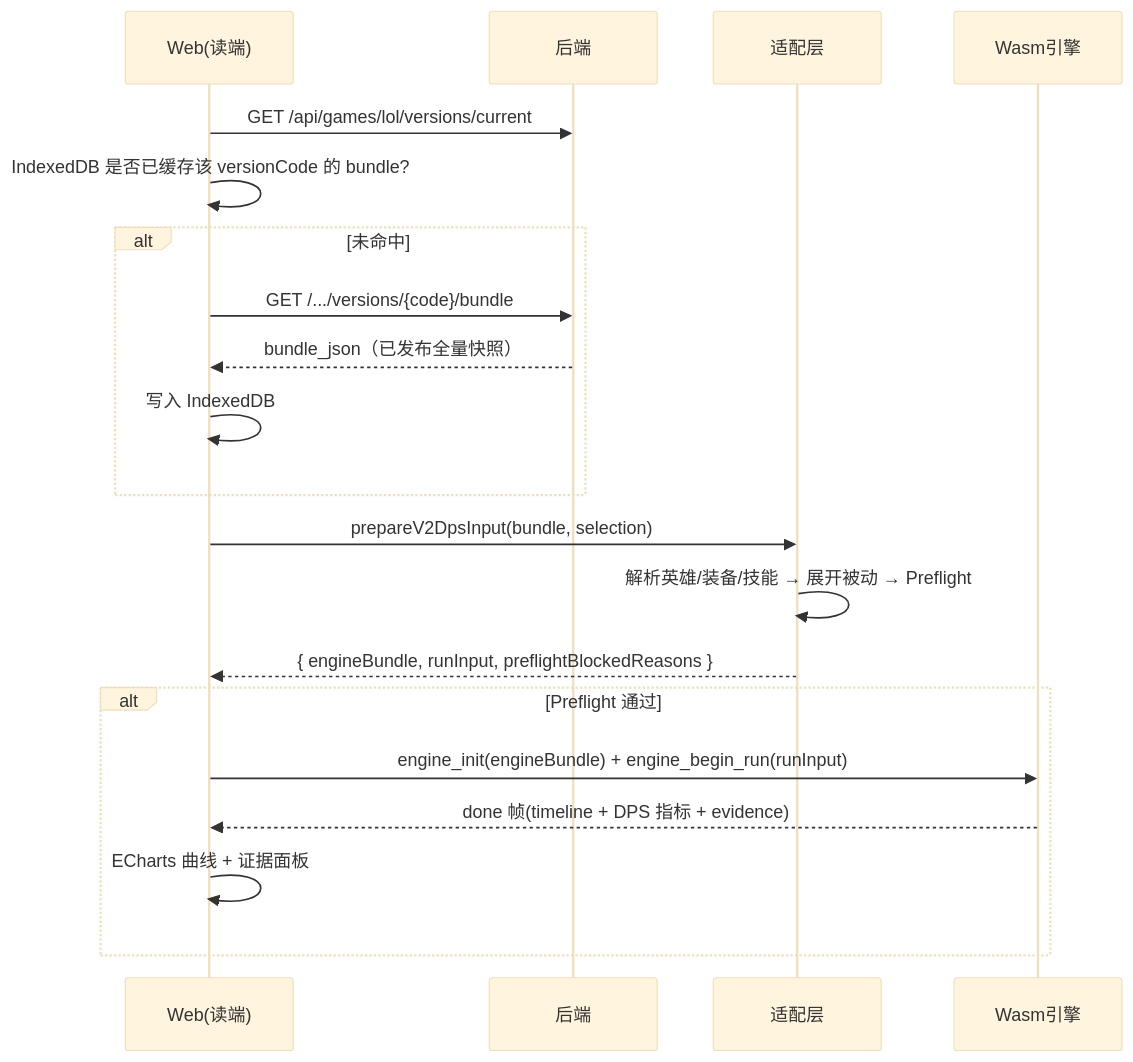
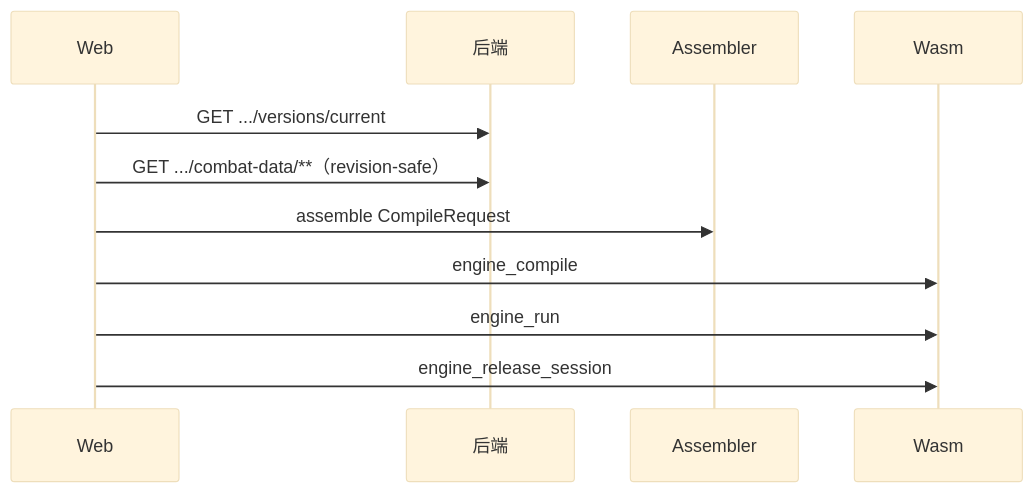
The fourth of 4 diagrams in 项目设计说明书/01-系统总览.md (JeanbartBiubiu/damage_viewer_project_planning), drawn with Mermaid (base theme) before and after one commit. The commit also changed other lines of this file and 64 other files, not shown here.

````diff
--- a/项目设计说明书/01-系统总览.md
+++ b/项目设计说明书/01-系统总览.md
@@ -203,22 +152,13 @@
 ```mermaid
 sequenceDiagram
-  participant W as Web(读端)
+  participant W as Web
   participant S as 后端
-  participant ADP as 适配层
-  participant E as Wasm引擎
-  W->>S: GET /api/games/lol/versions/current
-  W->>W: IndexedDB 是否已缓存该 versionCode 的 bundle?
-  alt 未命中
-    W->>S: GET /.../versions/{code}/bundle
-    S-->>W: bundle_json（已发布全量快照）
-    W->>W: 写入 IndexedDB
-  end
-  W->>ADP: prepareV2DpsInput(bundle, selection)
-  ADP->>ADP: 解析英雄/装备/技能 → 展开被动 → Preflight
-  ADP-->>W: { engineBundle, runInput, preflightBlockedReasons }
-  alt Preflight 通过
-    W->>E: engine_init(engineBundle) + engine_begin_run(runInput)
-    E-->>W: done 帧(timeline + DPS 指标 + evidence)
-    W->>W: ECharts 曲线 + 证据面板
-  end
+  participant A as Assembler
+  participant E as Wasm
+  W->>S: GET .../versions/current
+  W->>S: GET .../combat-data/**（revision-safe）
+  W->>A: assemble CompileRequest
+  W->>E: engine_compile
+  W->>E: engine_run
+  W->>E: engine_release_session
 ```
````
